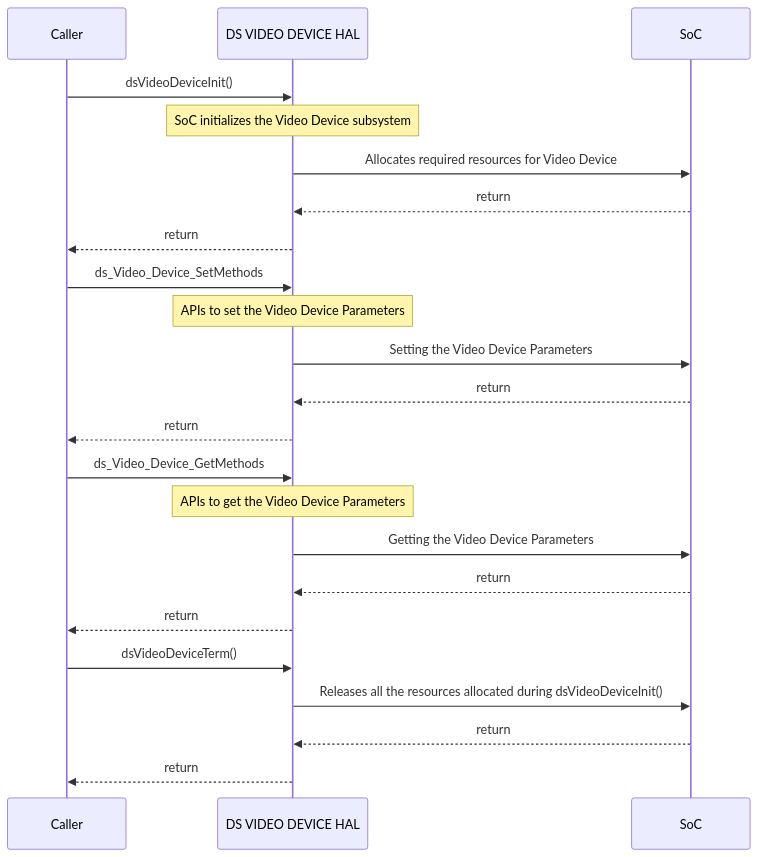
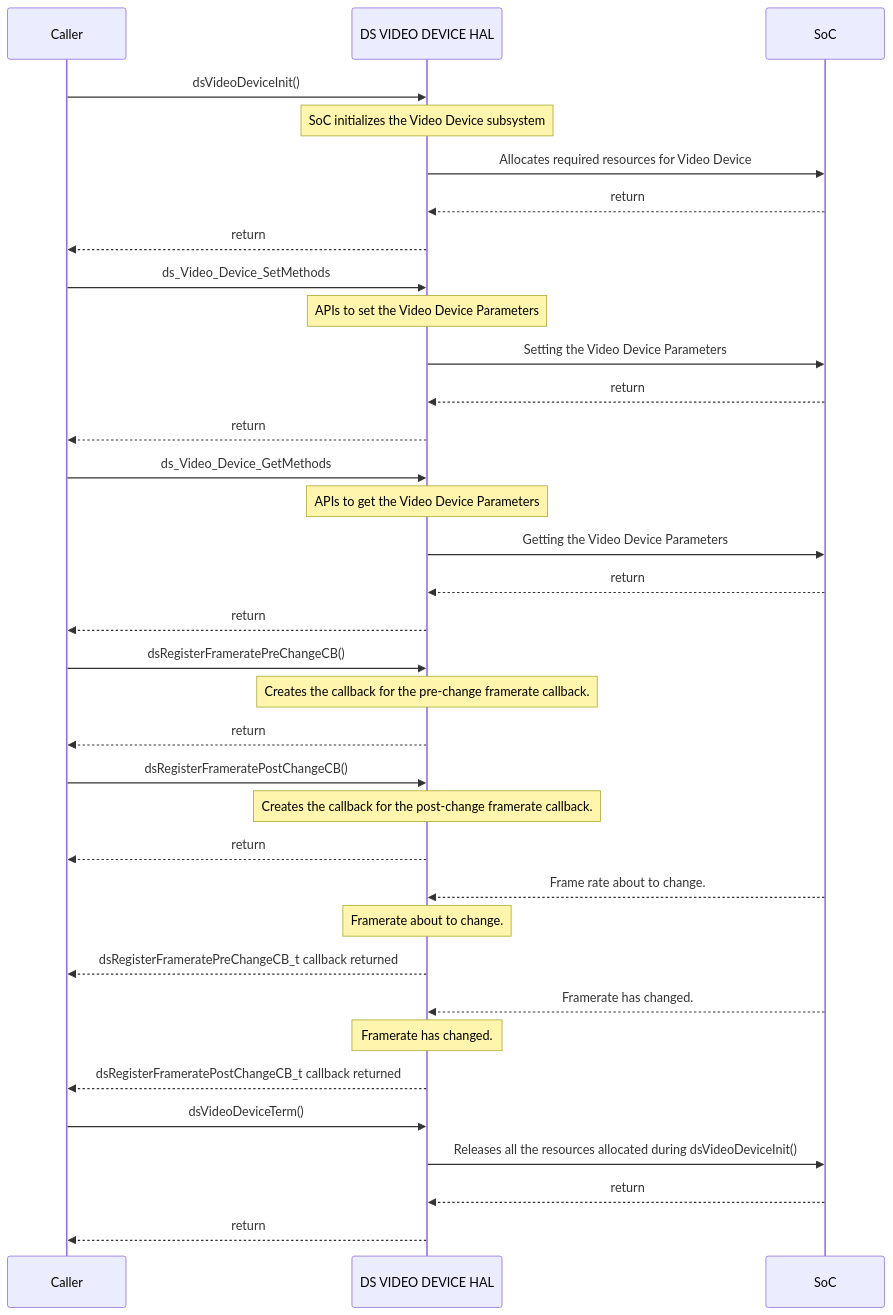
The second of 2 diagrams in docs/pages/ds-video-device_halSpec.md (rdkcentral/rdk-halif-device_settings), drawn with Mermaid before and after one commit. The commit also changed other lines of this file and 1 other file, not shown here.

Commit message:
Update videoDevice with missing callback, and updating halspec

```````diff
--- a/docs/pages/ds-video-device_halSpec.md
+++ b/docs/pages/ds-video-device_halSpec.md
@@ -168,26 +174,38 @@
 ```mermaid
 %%{ init : { "theme" : "default", "flowchart" : { "curve" : "stepBefore" }}}%%
    sequenceDiagram
     participant Caller as Caller
     participant HAL as DS VIDEO DEVICE HAL
     participant Driver as SoC
     Caller->>HAL:dsVideoDeviceInit()
     Note over HAL: SoC initializes the Video Device subsystem
     HAL->>Driver: Allocates required resources for Video Device
     Driver-->>HAL:return
     HAL-->>Caller:return
     Caller->>HAL: ds_Video_Device_SetMethods
     Note over HAL: APIs to set the Video Device Parameters
     HAL->>Driver:Setting the Video Device Parameters
     Driver-->>HAL:return
     HAL-->>Caller:return
     Caller->>HAL: ds_Video_Device_GetMethods
     Note over HAL: APIs to get the Video Device Parameters
     HAL->>Driver:Getting the Video Device Parameters
     Driver-->>HAL:return
     HAL-->>Caller:return
+    Caller->>HAL:dsRegisterFrameratePreChangeCB()
+    Note over HAL: Creates the callback for the pre-change framerate callback.
+    HAL-->>Caller:return
+    Caller->>HAL:dsRegisterFrameratePostChangeCB()
+    Note over HAL: Creates the callback for the post-change framerate callback.
+    HAL-->>Caller:return
+    Driver-->>HAL:Frame rate about to change.
+    Note over HAL: Framerate about to change.
+    HAL-->>Caller:dsRegisterFrameratePreChangeCB_t callback returned
+    Driver-->>HAL:Framerate has changed.
+    Note over HAL: Framerate has changed.
+    HAL-->>Caller:dsRegisterFrameratePostChangeCB_t callback returned
     Caller ->>HAL:dsVideoDeviceTerm()
     HAL ->> Driver: Releases all the resources allocated during dsVideoDeviceInit()
     Driver-->>HAL:return
     HAL-->>Caller:return
 ``````
```````
